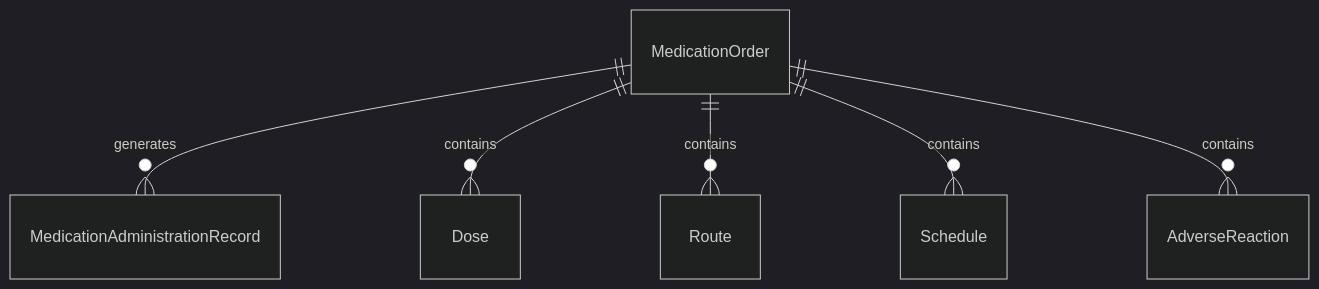
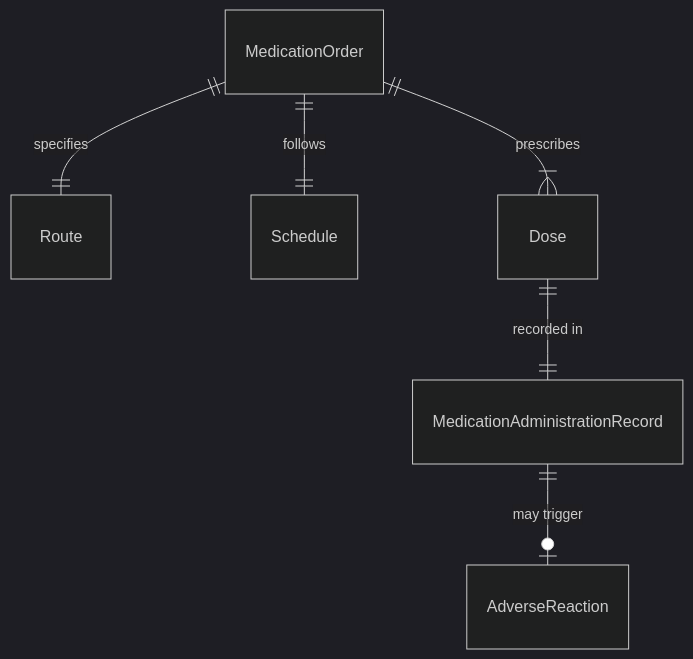
Before and after one commit to dot-org-ai/tasks.org.ai: the first of 4 diagrams in AssistingAndCaringForOthers/AdministerBasicHealthCareOrMedicalTreatments/AdministerNon-intravenousMedications.mdx, drawn with Mermaid (dark theme). The commit also changed other lines of this file and 32 other files, not shown here.

First line of the commit message:
fix: Improve ER and State diagrams in 32 AssistingAndCaringForOthers DWA files

````diff
--- a/AssistingAndCaringForOthers/AdministerBasicHealthCareOrMedicalTreatments/AdministerNon-intravenousMedications.mdx
+++ b/AssistingAndCaringForOthers/AdministerBasicHealthCareOrMedicalTreatments/AdministerNon-intravenousMedications.mdx
@@ -88,8 +88,8 @@
 ```mermaid
 erDiagram
-    MedicationOrder ||--o{ MedicationAdministrationRecord : generates
-    MedicationOrder ||--o{ Dose : contains
-    MedicationOrder ||--o{ Route : contains
-    MedicationOrder ||--o{ Schedule : contains
-    MedicationOrder ||--o{ AdverseReaction : contains
+    MedicationOrder ||--|| Route : specifies
+    MedicationOrder ||--|| Schedule : follows
+    MedicationOrder ||--|{ Dose : prescribes
+    Dose ||--|| MedicationAdministrationRecord : "recorded in"
+    MedicationAdministrationRecord ||--o| AdverseReaction : "may trigger"
 ```
````
